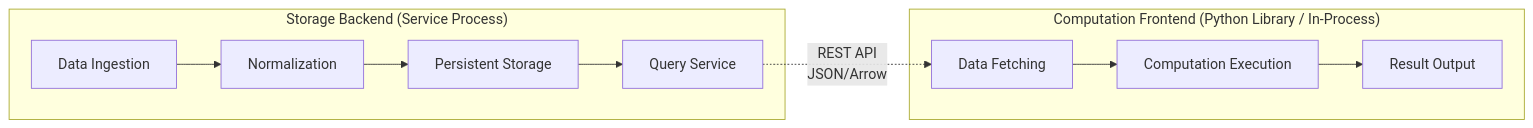
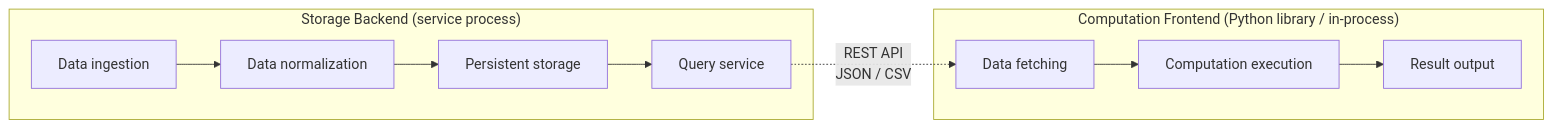
The second of 23 diagrams in DESIGN.md (RESBI/StockStatistic), drawn with Mermaid before and after one commit. The commit also changed other lines of this file and 12 other files, not shown here.

````diff
--- a/DESIGN.md
+++ b/DESIGN.md
@@ -143,19 +130,19 @@
 ```mermaid
 graph LR
-    subgraph Storage["Storage Backend (Service Process)"]
-        S1[Data Ingestion]
-        S2[Normalization]
-        S3[Persistent Storage]
-        S4[Query Service]
+    subgraph Storage["Storage Backend (service process)"]
+        S1[Data ingestion]
+        S2[Data normalization]
+        S3[Persistent storage]
+        S4[Query service]
         S1 --> S2 --> S3 --> S4
     end
 
-    subgraph Compute["Computation Frontend (Python Library / In-Process)"]
-        C1[Data Fetching]
-        C2[Computation Execution]
-        C3[Result Output]
+    subgraph Compute["Computation Frontend (Python library / in-process)"]
+        C1[Data fetching]
+        C2[Computation execution]
+        C3[Result output]
         C1 --> C2 --> C3
     end
 
-    S4 -.->|"REST API<br/>JSON/Arrow"| C1
+    S4 -.->|"REST API<br/>JSON / CSV"| C1
 ```
````
